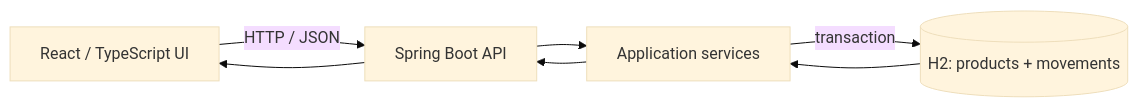
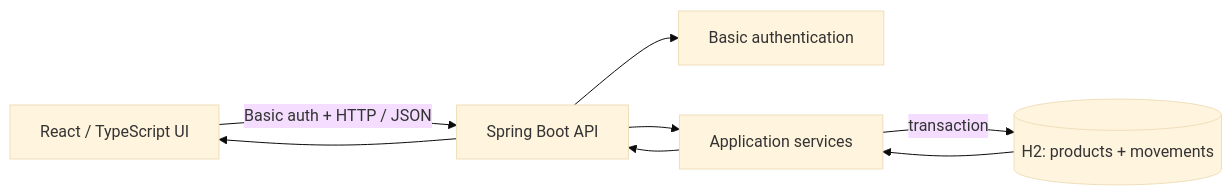
Before and after one commit to ShaikBabaFayaz/GH_Copliot: the diagram in docs/architecture.md, drawn with Mermaid (base theme). The commit also changed other lines of this file and 67 other files, not shown here.

````diff
--- a/docs/architecture.md
+++ b/docs/architecture.md
@@ -17,7 +18,8 @@
 ```mermaid
 flowchart LR
-  UI[React / TypeScript UI] -->|HTTP / JSON| API[Spring Boot API]
+  UI[React / TypeScript UI] -->|Basic auth + HTTP / JSON| API[Spring Boot API]
+  API --> AUTH[Basic authentication]
   API --> S[Application services]
   S -->|transaction| DB[(H2: products + movements)]
   DB --> S --> API --> UI
 ```
````
